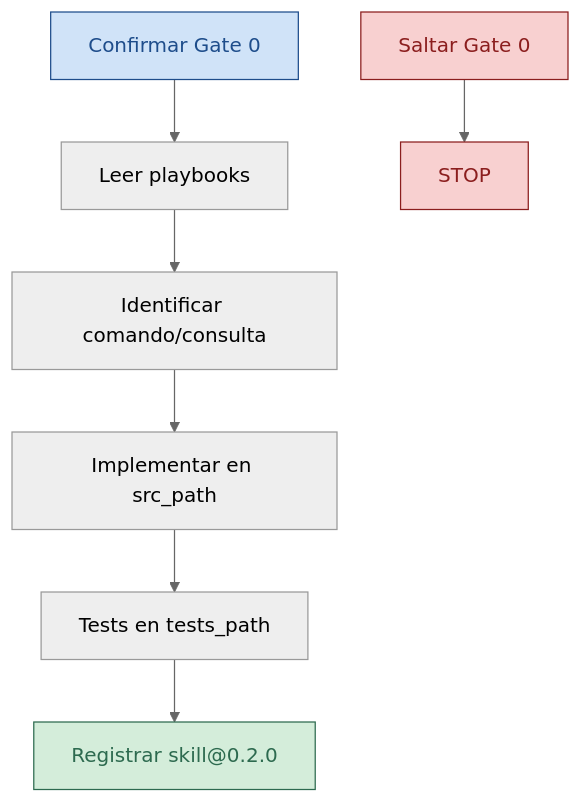
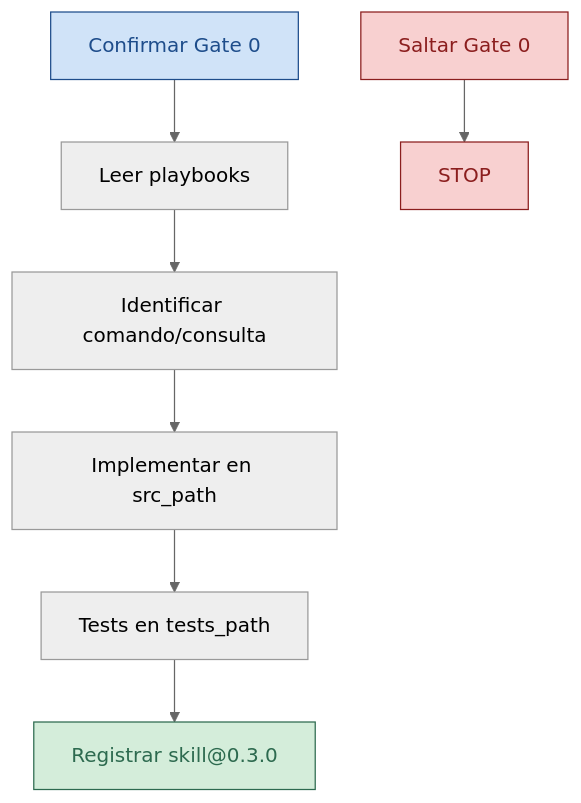
Before and after one commit to Cyberdine-Systems-Corporation/sdaf-stack-dotnet: the diagram in skills/csharp-adr006-slice/SKILL.md, drawn with Mermaid (neutral theme). The commit also changed other lines of this file and 57 other files, not shown here.

````diff
--- a/skills/csharp-adr006-slice/SKILL.md
+++ b/skills/csharp-adr006-slice/SKILL.md
@@ -39,19 +39,19 @@
 ```mermaid
 flowchart TD
   g0[Confirmar Gate 0] --> pb[Leer playbooks]
   pb --> id[Identificar comando/consulta]
   id --> impl[Implementar en src_path]
   impl --> tests[Tests en tests_path]
-  tests --> wl[Registrar skill@0.2.0]
+  tests --> wl[Registrar skill@0.3.0]
   skip[Saltar Gate 0] --> stop[STOP]
 
   classDef stop fill:#f8d0d0,stroke:#8b1e1e,color:#8b1e1e
   classDef ok fill:#d4edda,stroke:#2d6a4f,color:#2d6a4f
   classDef stub fill:#e9ecef,stroke:#6c757d,color:#6c757d
   classDef core fill:#d0e3f8,stroke:#1e4d8b,color:#1e4d8b
 
   class stop stop
   class wl ok
   class g0 core
   class skip stop
 ```
````
